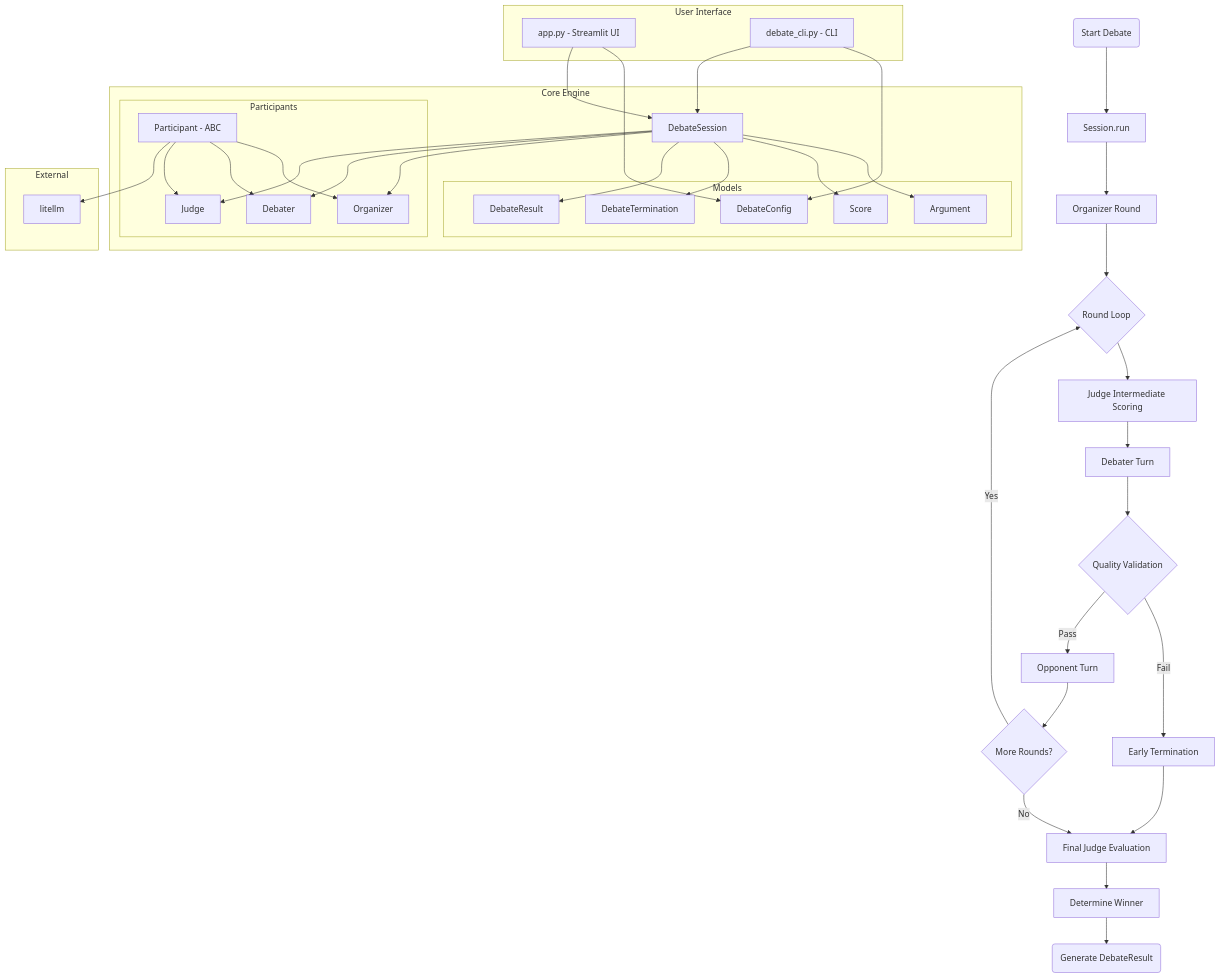
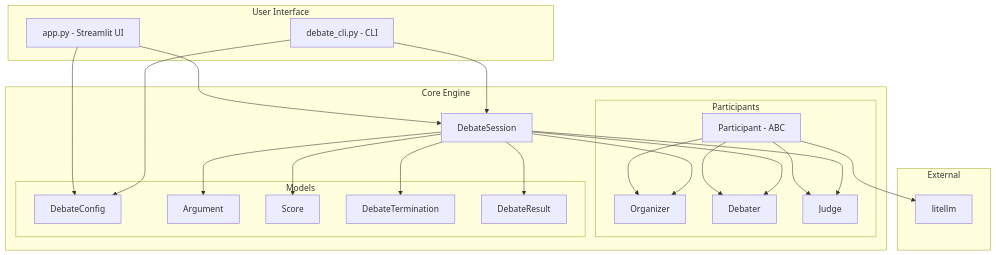
One commit to csv610/AIDebator changed the diagram in README.md. Above: the diagram before and after it, drawn with Mermaid. The commit also changed 1 other file, not shown here.

Commit message:
docs: Simplify architecture diagrams by removing flow section

````diff
--- a/README.md
+++ b/README.md
@@ -9,66 +9,50 @@
 ```mermaid
 graph TD
     subgraph UI_Layer [User Interface]
         App[app.py - Streamlit UI]
         CLI[debate_cli.py - CLI]
     end
 
     subgraph Core_Engine [Core Engine]
         Session[DebateSession]
         
         subgraph Participants
             Base[Participant - ABC]
             Org[Organizer]
             Deb[Debater]
             Jdg[Judge]
             
             Base --> Org
             Base --> Deb
             Base --> Jdg
         end
         
         subgraph Models
             Config[DebateConfig]
             Arg[Argument]
             Score[Score]
             Term[DebateTermination]
             Result[DebateResult]
         end
     end
 
     subgraph External
         LiteLLM[litellm]
     end
 
     %% Relationships
     App --> Config
     App --> Session
     CLI --> Config
     CLI --> Session
     
     Session --> Org
     Session --> Deb
     Session --> Jdg
     Session --> Arg
     Session --> Score
     Session --> Term
     Session --> Result
     
     Base --> LiteLLM
-
-    %% Flow
-    Start(Start Debate) --> SessionRun[Session.run]
-    SessionRun --> OrgRound[Organizer Round]
-    OrgRound --> LoopStart{Round Loop}
-    LoopStart --> IntermediateScores[Judge Intermediate Scoring]
-    IntermediateScores --> DebaterTurn[Debater Turn]
-    DebaterTurn --> Val{Quality Validation}
-    Val -- Fail --> Terminate[Early Termination]
-    Val -- Pass --> NextDebater[Opponent Turn]
-    NextDebater --> LoopEnd{More Rounds?}
-    LoopEnd -- Yes --> LoopStart
-    LoopEnd -- No --> FinalJudge[Final Judge Evaluation]
-    FinalJudge --> WinDet[Determine Winner]
-    WinDet --> End(Generate DebateResult)
-    Terminate --> FinalJudge
 ```
````
